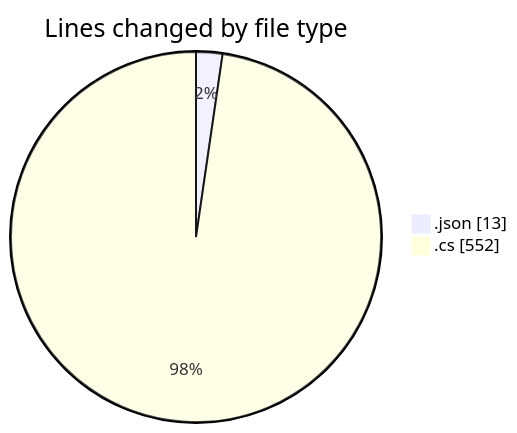
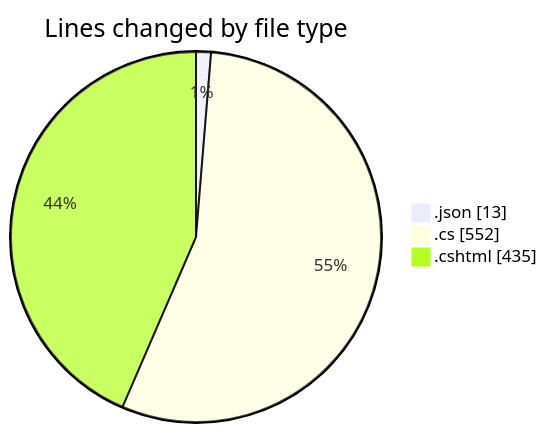
Before and after one commit to lephambinh05/code-tracking: the first of 2 diagrams in 2025-07-23/cnpm_th_ba/README.md, drawn with Mermaid. The commit also changed other lines of this file and 1 other file, not shown here.

````diff
--- a/2025-07-23/cnpm_th_ba/README.md
+++ b/2025-07-23/cnpm_th_ba/README.md
@@ -21,6 +22,7 @@
 ```mermaid
 pie showData
 title Lines changed by file type
 ".json" : 13
 ".cs" : 552
+".cshtml" : 435
 ```
````
